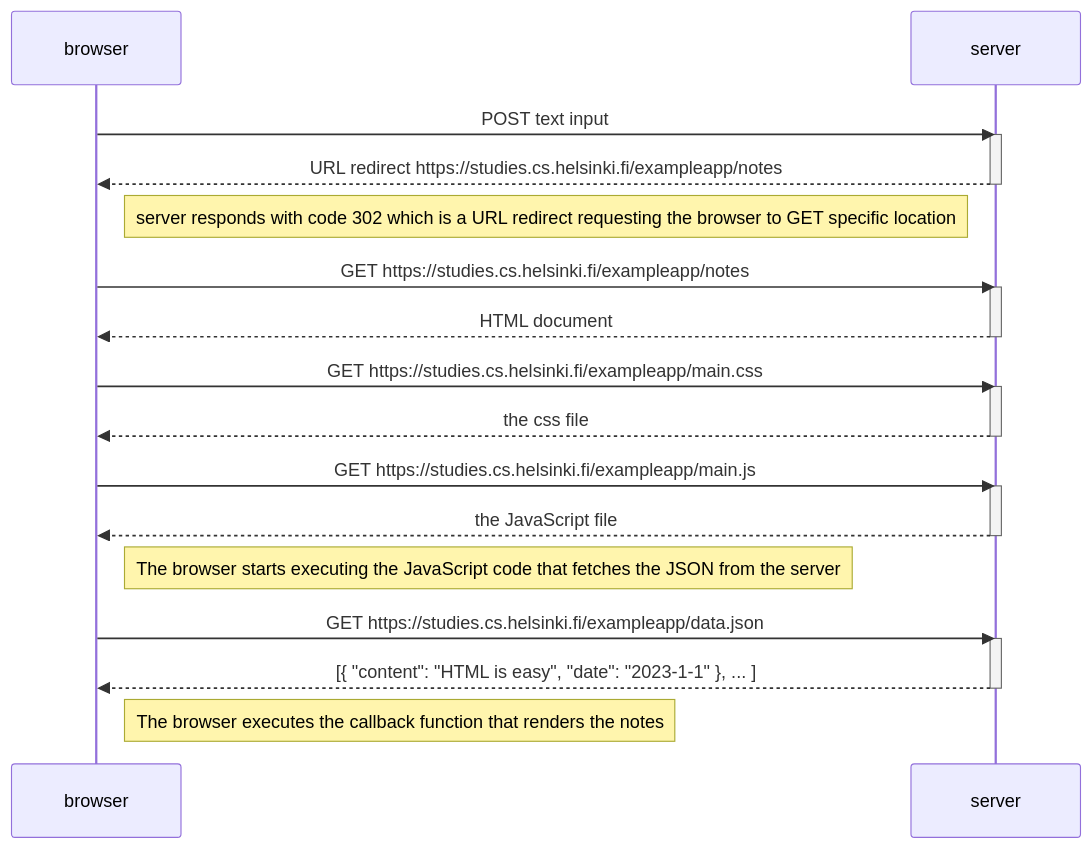
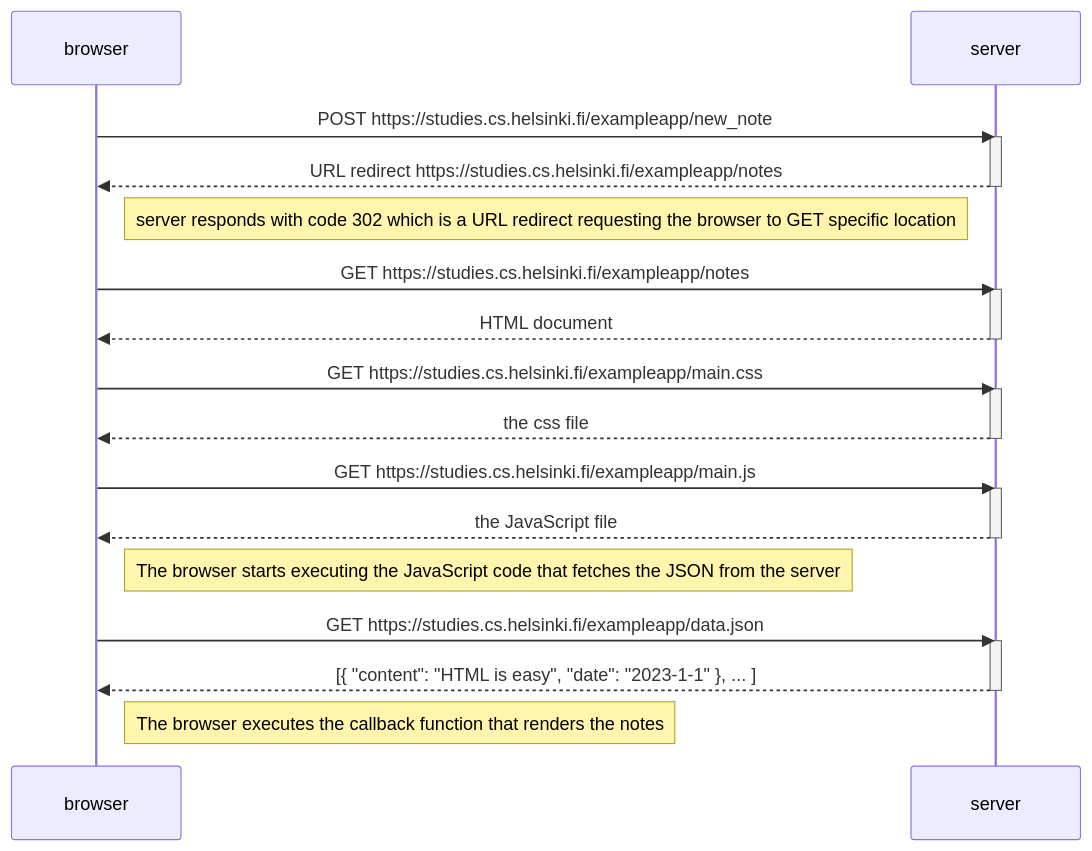
The diagram in part0/exercise0.4/diagram.md (Abhay-Nagar/Full_Stack_Open_GHR), drawn with Mermaid before and after one commit. The commit also changed 1 other file, not shown here.

Commit message:
I made a change to exercise0.4 on the first arrow for the POST request, I also did my first try at the exercise0.6 on this commit

````diff
--- a/part0/exercise0.4/diagram.md
+++ b/part0/exercise0.4/diagram.md
@@ -1,36 +1,36 @@
 ```mermaid
 sequenceDiagram
     participant browser
     participant server
 
-    browser ->>server: POST text input
+    browser ->>server: POST https://studies.cs.helsinki.fi/exampleapp/new_note
     activate server
     server-->>browser: URL redirect https://studies.cs.helsinki.fi/exampleapp/notes
     deactivate server
 
     Note right of browser: server responds with code 302 which is a URL redirect requesting the browser to GET specific location
 
     browser->>server: GET https://studies.cs.helsinki.fi/exampleapp/notes
     activate server
     server-->>browser: HTML document
     deactivate server
 
     browser->>server: GET https://studies.cs.helsinki.fi/exampleapp/main.css
     activate server
     server-->>browser: the css file
     deactivate server
 
     browser->>server: GET https://studies.cs.helsinki.fi/exampleapp/main.js
     activate server
     server-->>browser: the JavaScript file
     deactivate server
 
     Note right of browser: The browser starts executing the JavaScript code that fetches the JSON from the server
 
     browser->>server: GET https://studies.cs.helsinki.fi/exampleapp/data.json
     activate server
     server-->>browser: [{ "content": "HTML is easy", "date": "2023-1-1" }, ... ]
     deactivate server
 
     Note right of browser: The browser executes the callback function that renders the notes
 ```
````
